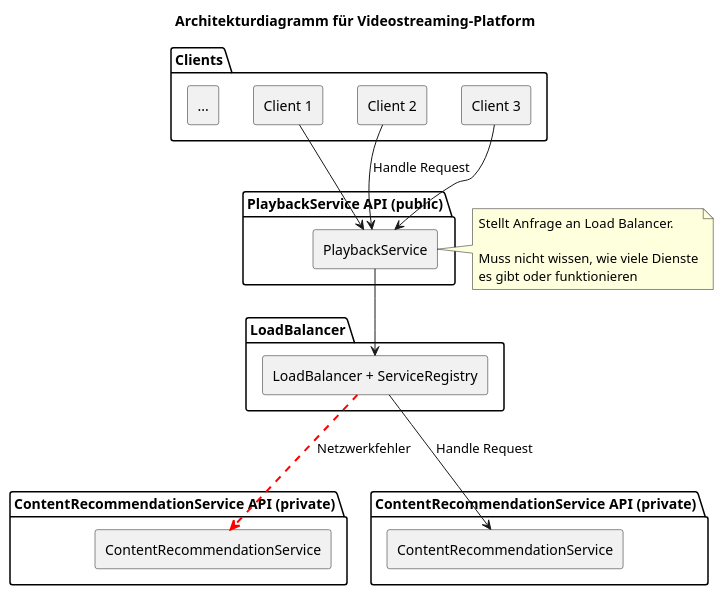
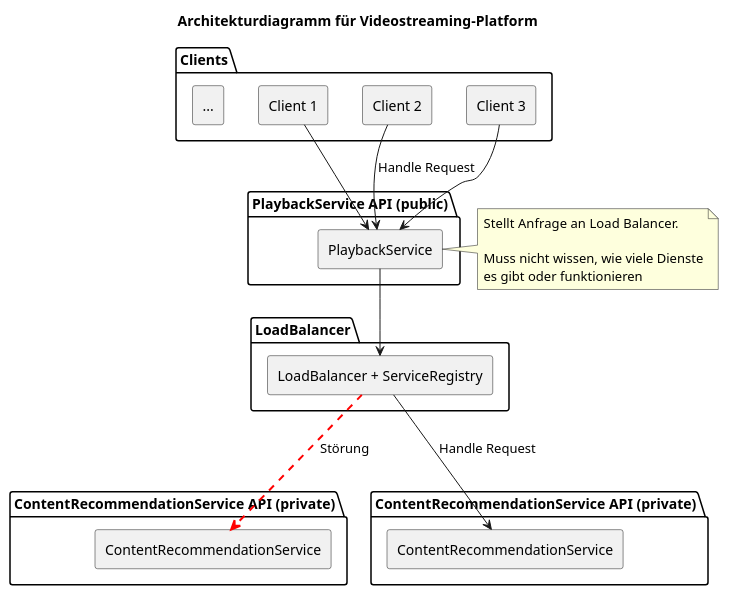
Before and after one commit to beleg-05-resilienz-verteilte-systeme/belegarbeit: the diagram in images/beispiel-easy-loadbalancing.puml, drawn with PlantUML. The commit also changed 3 other files, not shown here.

```diff
--- a/images/beispiel-easy-loadbalancing.puml
+++ b/images/beispiel-easy-loadbalancing.puml
@@ -1,51 +1,51 @@
 @startuml
 title Architekturdiagramm für Videostreaming-Platform
 
 skinparam componentStyle rectangle
 'skinparam linetype ortho
 
 skinparam ranksep 20
 
 package "Clients" {
   [Client 1]
   [Client 2]
   [Client 3]
   [...]
 }
 
 package "PlaybackService API (public)" as PBS {
   component "PlaybackService" as PS
 }
 
 note right
 Stellt Anfrage an Load Balancer.
 
 Muss nicht wissen, wie viele Dienste
 es gibt oder funktionieren
 end note
 
 together {
   package "ContentRecommendationService API (private)" as CRS {
     component "ContentRecommendationService" as CS
   }
 
   package "ContentRecommendationService API (private)" as CRS2 {
     component "ContentRecommendationService" as CS2
   }
 }
 
 package "LoadBalancer" as LB {
   component "LoadBalancer + ServiceRegistry" as LBSR
 }
 
 [Client 1] --> PS
 [Client 2] --> PS : Handle Request
 [Client 3] --> PS
 
 PS -down-> LBSR
 ' Darstellung der Störung
-LBSR ..[#FF0000,dashed,thickness=2]-> CS : Netzwerkfehler
+LBSR ..[#FF0000,dashed,thickness=2]-> CS : Störung
 
 LBSR -down-> CS2 : Handle Request
 
 @enduml
```
